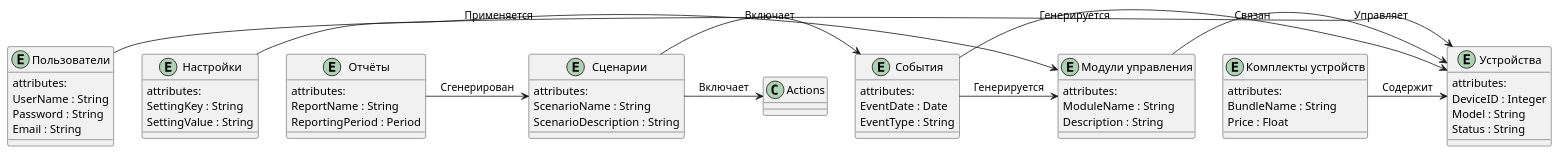
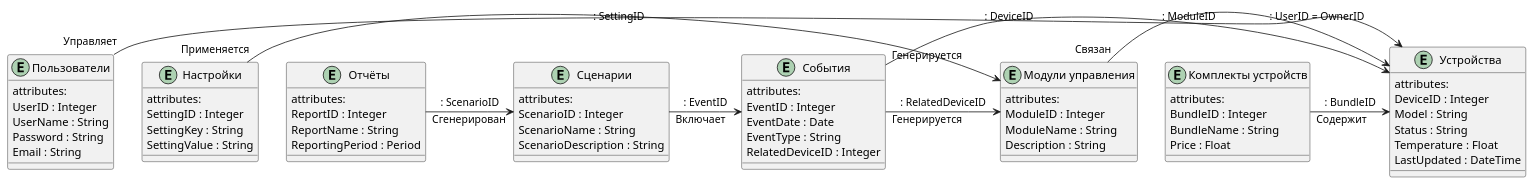
One commit to defaktor/architecture-sprint-3 changed diagram 11 of 11 in Project_template_part_1.md. Above: the diagram before and after it, drawn with PlantUML. The commit also changed other lines of this file, not shown here.

````diff
--- a/Project_template_part_1.md
+++ b/Project_template_part_1.md
@@ -277,68 +410,76 @@
 ```puml
 @startuml
 
 skinparam packageStyle rectangle
 
 entity "Пользователи" as Users {
   attributes:
+    UserID : Integer
     UserName : String
     Password : String
     Email : String
 }
 
 entity "Устройства" as Devices {
   attributes:
     DeviceID : Integer
     Model : String
     Status : String
+    Temperature : Float
+    LastUpdated : DateTime
 }
 
 entity "Модули управления" as ControlModules {
   attributes:
+    ModuleID : Integer
     ModuleName : String
     Description : String
 }
 
 entity "Комплекты устройств" as DeviceBundles {
   attributes:
+    BundleID : Integer
     BundleName : String
     Price : Float
 }
 
 entity "Настройки" as Settings {
   attributes:
+    SettingID : Integer
     SettingKey : String
     SettingValue : String
 }
 
 entity "События" as Events {
   attributes:
+    EventID : Integer
     EventDate : Date
     EventType : String
+    RelatedDeviceID : Integer
 }
 
 entity "Сценарии" as Scenarios {
   attributes:
+    ScenarioID : Integer
     ScenarioName : String
     ScenarioDescription : String
 }
 
 entity "Отчёты" as Reports {
   attributes:
+    ReportID : Integer
     ReportName : String
     ReportingPeriod : Period
 }
 
-Users -> Devices : "Управляет"
-ControlModules -> Devices : "Связан"
-DeviceBundles -> Devices : "Содержит"
-Settings -> ControlModules : "Применяется"
-Events -> ControlModules : "Генерируется"
-Events -> Devices : "Генерируется"
-Scenarios ->  Actions : "Включает"
-Scenarios -> Events : "Включает"
-Reports -> Scenarios : "Сгенерирован"
-
+Users -> Devices : "Управляет" : UserID = OwnerID
+ControlModules -> Devices : "Связан" : ModuleID
+DeviceBundles -> Devices : "Содержит" : BundleID
+Settings -> ControlModules : "Применяется" : SettingID
+Events -> ControlModules : "Генерируется" : RelatedDeviceID
+Events -> Devices : "Генерируется" : DeviceID
+Scenarios -> Events : "Включает" : EventID
+Reports -> Scenarios : "Сгенерирован" : ScenarioID
 
 @enduml
 ```
````
